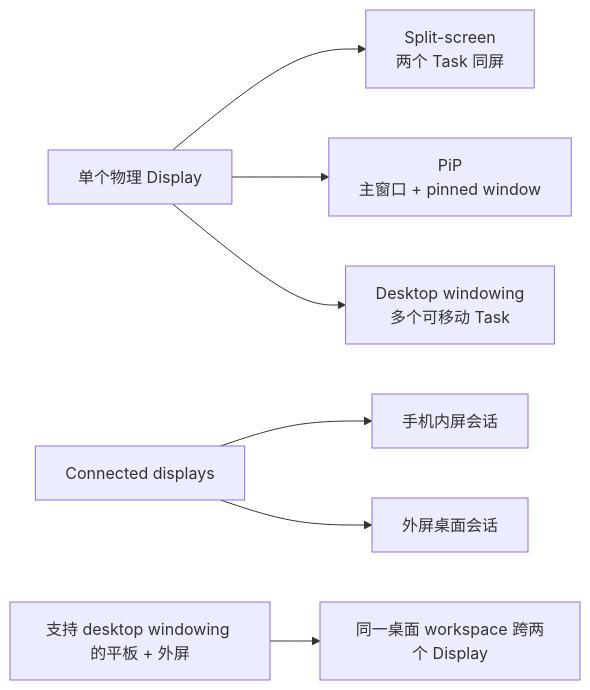
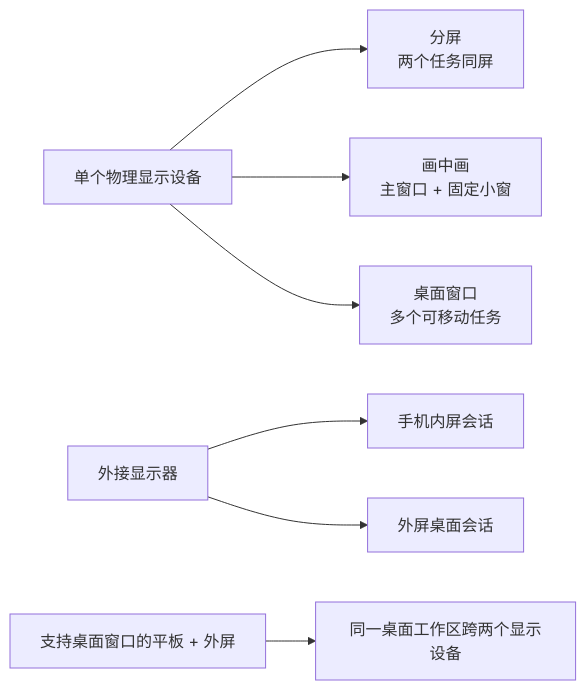
One commit to Gracker/android-internals-wiki changed the first of 2 diagrams in src/part1-fundamentals/ch02-rendering/20-multiwindow-desktop-rendering.md. Above: the diagram before and after it, drawn with Mermaid. The commit also changed other lines of this file and 4 other files, not shown here.

````diff
--- a/src/part1-fundamentals/ch02-rendering/20-multiwindow-desktop-rendering.md
+++ b/src/part1-fundamentals/ch02-rendering/20-multiwindow-desktop-rendering.md
@@ -152,9 +152,9 @@
 ```mermaid
 flowchart LR
-    S["单个物理 Display"] --> SS["Split-screen<br/>两个 Task 同屏"]
-    S --> PP["PiP<br/>主窗口 + pinned window"]
-    S --> DW["Desktop windowing<br/>多个可移动 Task"]
-    CD["Connected displays"] --> PH["手机内屏会话"]
+    S["单个物理显示设备"] --> SS["分屏<br/>两个任务同屏"]
+    S --> PP["画中画<br/>主窗口 + 固定小窗"]
+    S --> DW["桌面窗口<br/>多个可移动任务"]
+    CD["外接显示器"] --> PH["手机内屏会话"]
     CD --> EX["外屏桌面会话"]
-    TD["支持 desktop windowing 的平板 + 外屏"] --> WS["同一桌面 workspace 跨两个 Display"]
+    TD["支持桌面窗口的平板 + 外屏"] --> WS["同一桌面工作区跨两个显示设备"]
 ```
````
